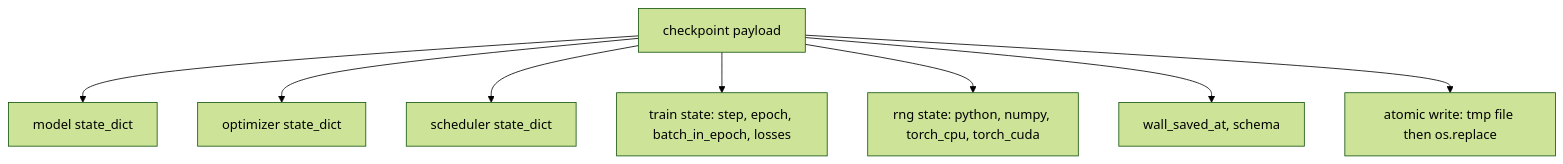
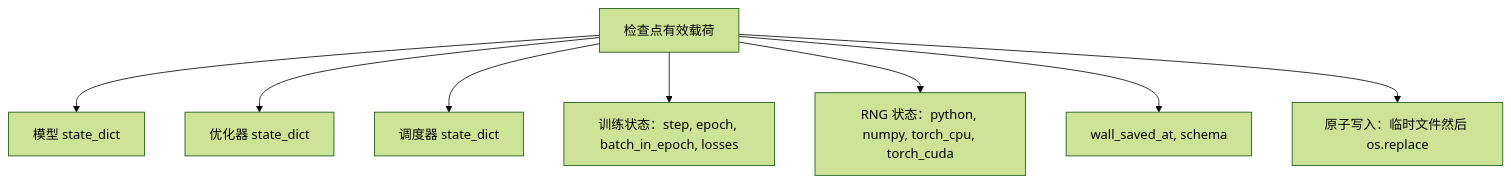
The first of 3 diagrams in lessons/19-capstone-projects/47-checkpoint-save-resume/docs/zh.md (guangningsun/ailearning), drawn with Mermaid (forest theme) before and after one commit. The commit also changed other lines of this file and 85 other files, not shown here.

````diff
--- a/lessons/19-capstone-projects/47-checkpoint-save-resume/docs/zh.md
+++ b/lessons/19-capstone-projects/47-checkpoint-save-resume/docs/zh.md
@@ -27,10 +27,10 @@
 ```mermaid
 flowchart TD
-  ckpt[checkpoint payload] --> m[model state_dict]
-  ckpt --> o[optimizer state_dict]
-  ckpt --> s[scheduler state_dict]
-  ckpt --> tr[train state: step, epoch, batch_in_epoch, losses]
-  ckpt --> rng[rng state: python, numpy, torch_cpu, torch_cuda]
-  ckpt --> meta[wall_saved_at, schema]
-  ckpt --> write[atomic write: tmp file then os.replace]
+  ckpt["检查点有效载荷"] --> m["模型 state_dict"]
+  ckpt --> o["优化器 state_dict"]
+  ckpt --> s["调度器 state_dict"]
+  ckpt --> tr["训练状态：step, epoch, batch_in_epoch, losses"]
+  ckpt --> rng["RNG 状态：python, numpy, torch_cpu, torch_cuda"]
+  ckpt --> meta["wall_saved_at, schema"]
+  ckpt --> write["原子写入：临时文件然后 os.replace"]
 ```
````
